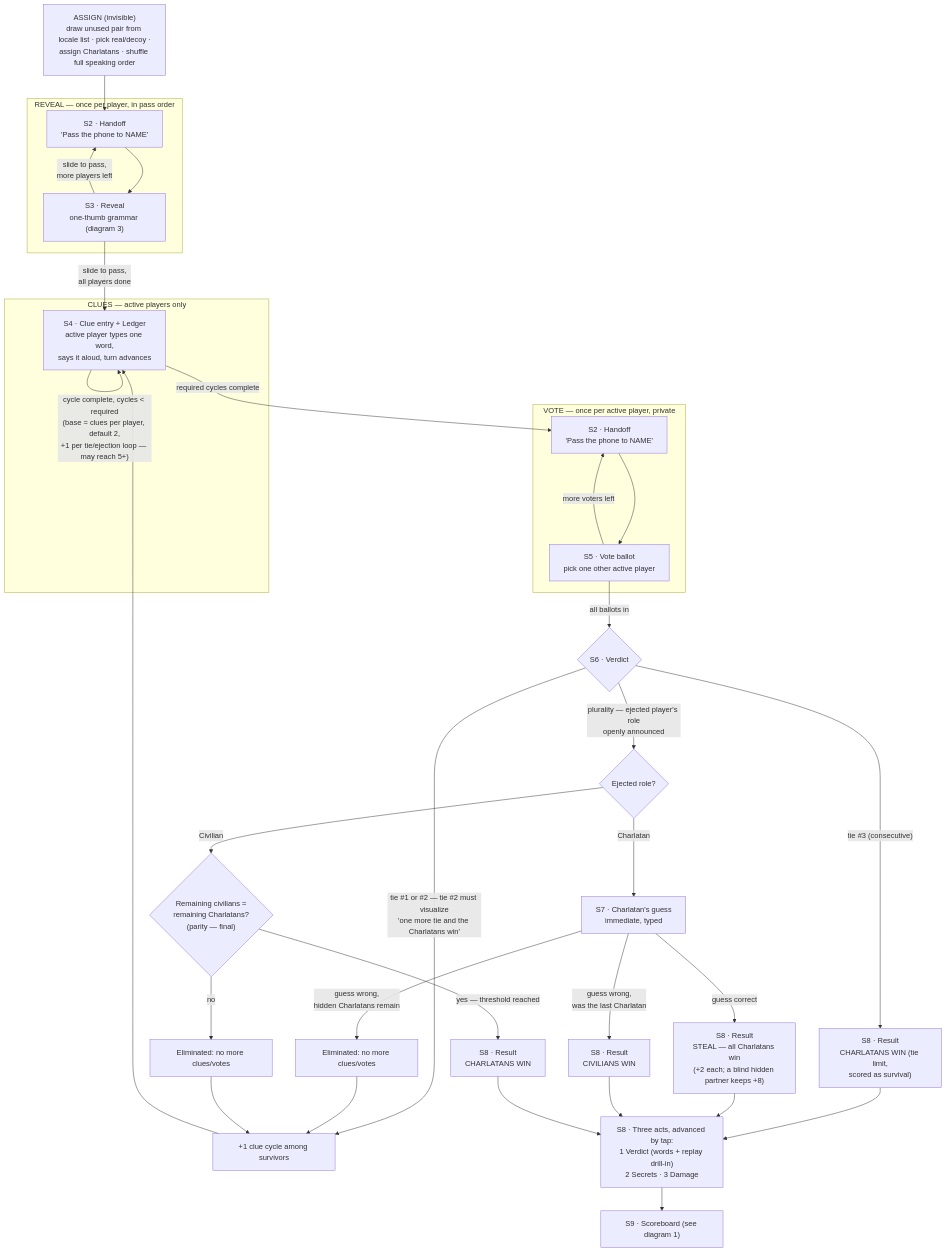
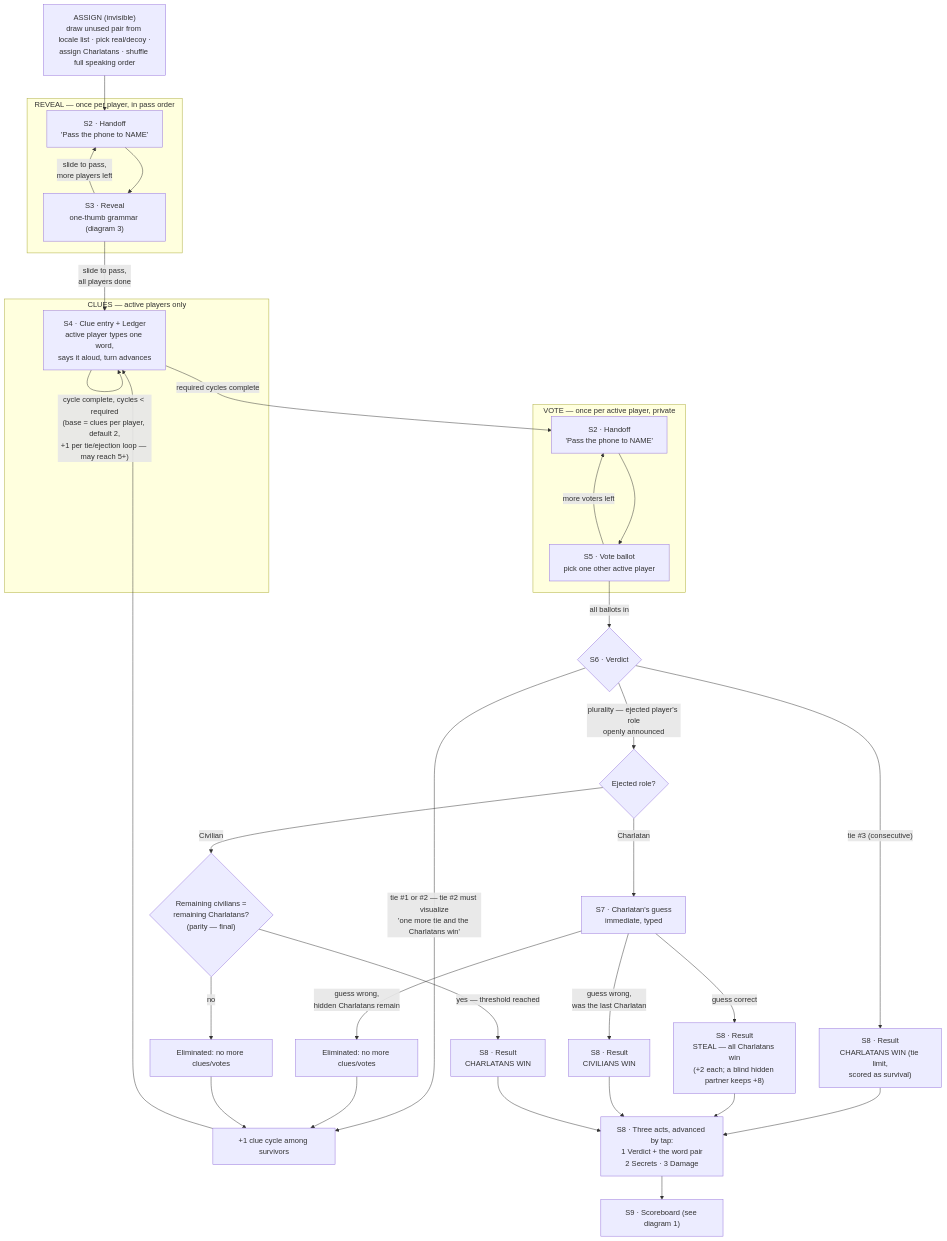
Before and after one commit to jalieven/charlatan: the second of 4 diagrams in docs/02-flows.md, drawn with Mermaid. The commit also changed other lines of this file and 1 other file, not shown here.

First line of the commit message:
Bring the flow doc and requirements up to date with shipped behavior

````diff
--- a/docs/02-flows.md
+++ b/docs/02-flows.md
@@ -31,42 +34,42 @@
 ```mermaid
 flowchart TD
     Assign["ASSIGN (invisible)<br/>draw unused pair from locale list · pick real/decoy ·<br/>assign Charlatans · shuffle full speaking order"]
     Assign --> H1["S2 · Handoff<br/>'Pass the phone to NAME'"]
 
     subgraph RevealLoop["REVEAL — once per player, in pass order"]
         H1 --> S3["S3 · Reveal<br/>one-thumb grammar (diagram 3)"]
         S3 -->|slide to pass,<br/>more players left| H1
     end
     S3 -->|slide to pass,<br/>all players done| Clues
 
     subgraph ClueLoop["CLUES — active players only"]
         Clues["S4 · Clue entry + Ledger<br/>active player types one word,<br/>says it aloud, turn advances"]
         Clues -->|"cycle complete, cycles < required<br/>(base = clues per player, default 2,<br/>+1 per tie/ejection loop — may reach 5+)"| Clues
     end
     Clues -->|required cycles complete| H2["S2 · Handoff<br/>'Pass the phone to NAME'"]
 
     subgraph VoteLoop["VOTE — once per active player, private"]
         H2 --> S5["S5 · Vote ballot<br/>pick one other active player"]
         S5 -->|more voters left| H2
     end
     S5 -->|all ballots in| S6{"S6 · Verdict"}
 
     S6 -->|"tie #1 or #2 — tie #2 must visualize<br/>'one more tie and the Charlatans win'"| ExtraClue["+1 clue cycle among survivors"] --> Clues
     S6 -->|"tie #3 (consecutive)"| ResultTies["S8 · Result<br/>CHARLATANS WIN (tie limit,<br/>scored as survival)"]
     S6 -->|"plurality — ejected player's role<br/>openly announced"| Role{"Ejected role?"}
 
     Role -->|Charlatan| Guess["S7 · Charlatan's guess<br/>immediate, typed"]
     Guess -->|guess correct| ResultSteal["S8 · Result<br/>STEAL — all Charlatans win<br/>(+2 each; a blind hidden partner keeps +8)"]
     Guess -->|"guess wrong,<br/>hidden Charlatans remain"| Eliminate1["Eliminated: no more clues/votes"] --> ExtraClue
     Guess -->|"guess wrong,<br/>was the last Charlatan"| ResultCiv["S8 · Result<br/>CIVILIANS WIN"]
 
     Role -->|Civilian| Threshold{"Remaining civilians =<br/>remaining Charlatans?<br/>(parity — final)"}
     Threshold -->|"yes — threshold reached"| ResultChar["S8 · Result<br/>CHARLATANS WIN"]
     Threshold -->|no| Eliminate2["Eliminated: no more clues/votes"] --> ExtraClue
 
-    ResultTies --> Acts["S8 · Three acts, advanced by tap:<br/>1 Verdict (words + replay drill-in)<br/>2 Secrets · 3 Damage"]
+    ResultTies --> Acts["S8 · Three acts, advanced by tap:<br/>1 Verdict + the word pair<br/>2 Secrets · 3 Damage"]
     ResultSteal --> Acts
     ResultCiv --> Acts
     ResultChar --> Acts
     Acts --> Score["S9 · Scoreboard (see diagram 1)"]
 ```
````
